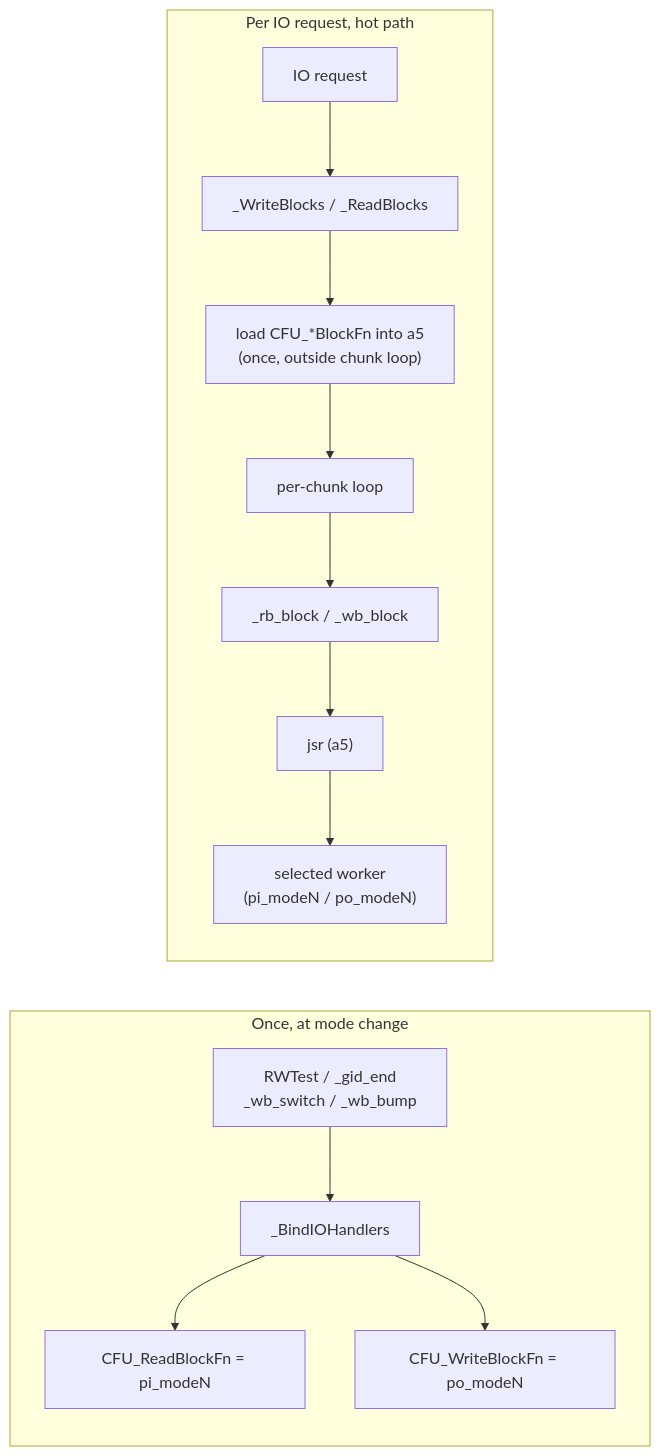
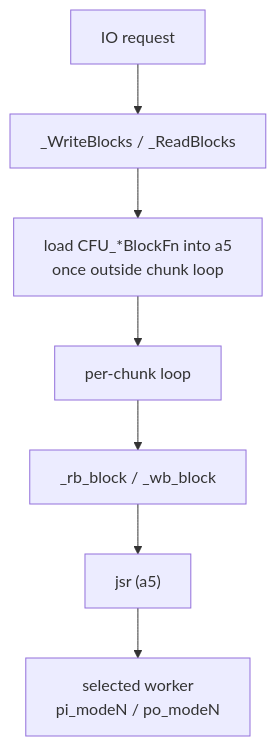
Before and after one commit to pulchart/cfd: the fifth of 5 diagrams in README.md, drawn with Mermaid. The commit also changed other lines of this file and 8 other files, not shown here.

Commit message:
docs: parse mermaid to ascii

````diff
--- a/README.md
+++ b/README.md
@@ -498,17 +512,9 @@
 ```mermaid
-flowchart LR
-    subgraph cold [Once, at mode change]
-        Evt["RWTest / _gid_end<br/>_wb_switch / _wb_bump"] --> Bind["_BindIOHandlers"]
-        Bind --> Slot1["CFU_ReadBlockFn = pi_modeN"]
-        Bind --> Slot2["CFU_WriteBlockFn = po_modeN"]
-    end
-
-    subgraph hot [Per IO request, hot path]
-        Req["IO request"] --> WB["_WriteBlocks / _ReadBlocks"]
-        WB --> Cache["load CFU_*BlockFn into a5<br/>(once, outside chunk loop)"]
-        Cache --> Chunk["per-chunk loop"]
-        Chunk --> Block["_rb_block / _wb_block"]
-        Block --> Direct["jsr (a5)"]
-        Direct --> Worker["selected worker<br/>(pi_modeN / po_modeN)"]
-    end
+flowchart TD
+    Req["IO request"] --> WB["_WriteBlocks / _ReadBlocks"]
+    WB --> Cache["load CFU_*BlockFn into a5<br/>once outside chunk loop"]
+    Cache --> Chunk["per-chunk loop"]
+    Chunk --> Block["_rb_block / _wb_block"]
+    Block --> Direct["jsr (a5)"]
+    Direct --> Worker["selected worker<br/>pi_modeN / po_modeN"]
 ```
````
